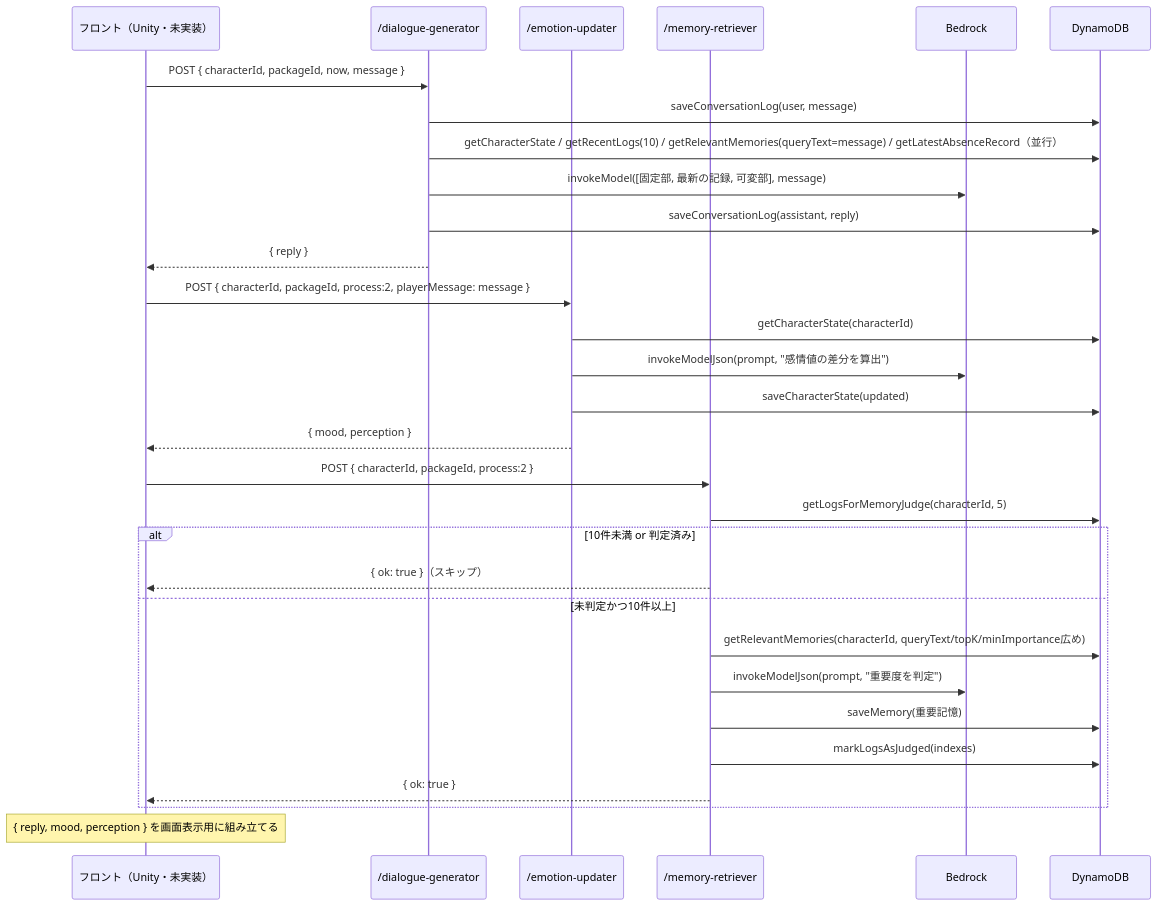
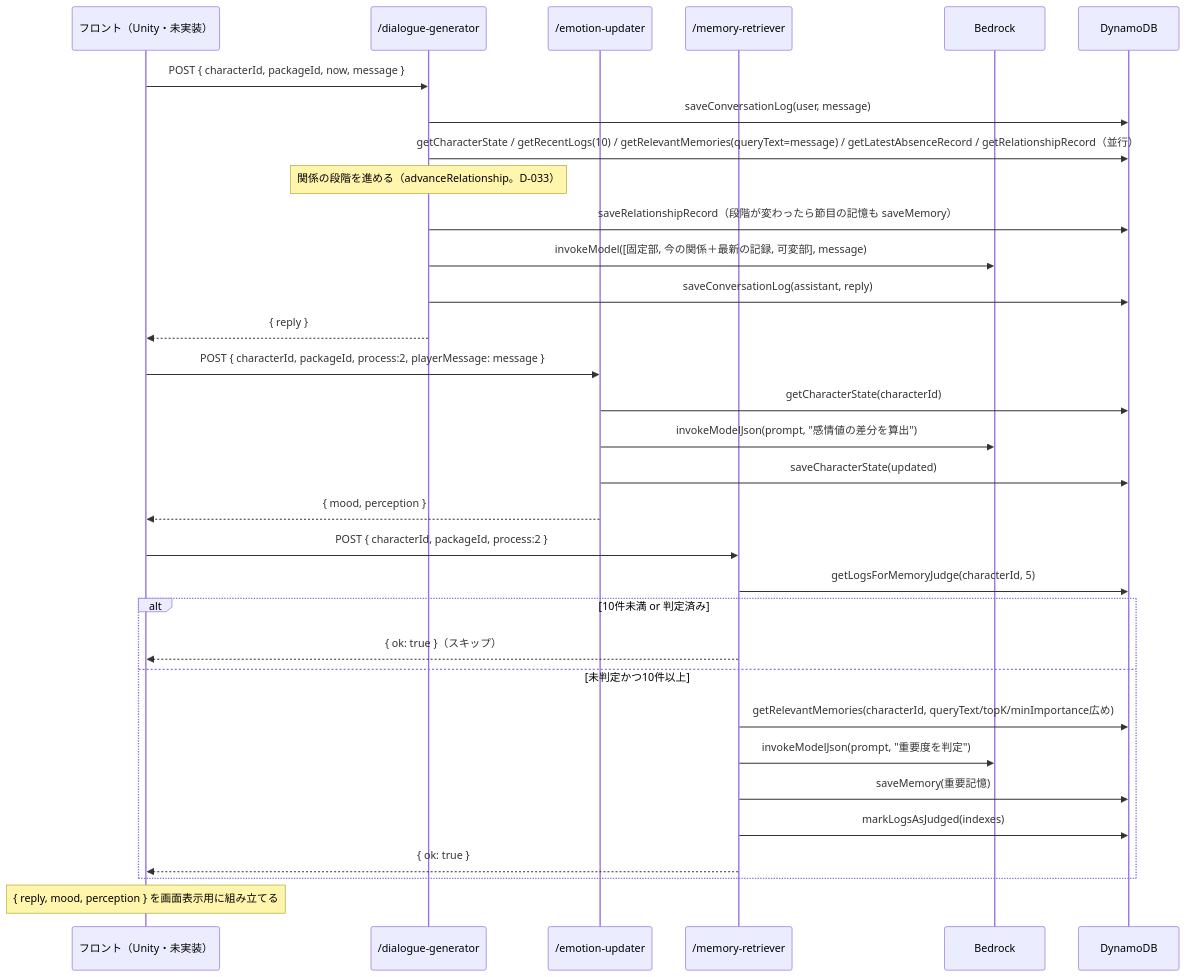
The sixth of 10 diagrams in README.md (yatohana1231-ux/vtuber-simulator-api), drawn with Mermaid before and after one commit. The commit also changed other lines of this file and 49 other files, not shown here.

````diff
--- a/README.md
+++ b/README.md
@@ -324,36 +326,38 @@
 ```mermaid
 sequenceDiagram
     participant Front as フロント（Unity・未実装）
     participant DG as /dialogue-generator
     participant EU as /emotion-updater
     participant MR as /memory-retriever
     participant BK as Bedrock
     participant DB as DynamoDB
 
     Front->>DG: POST { characterId, packageId, now, message }
     DG->>DB: saveConversationLog(user, message)
-    DG->>DB: getCharacterState / getRecentLogs(10) / getRelevantMemories(queryText=message) / getLatestAbsenceRecord（並行）
-    DG->>BK: invokeModel([固定部, 最新の記録, 可変部], message)
+    DG->>DB: getCharacterState / getRecentLogs(10) / getRelevantMemories(queryText=message) / getLatestAbsenceRecord / getRelationshipRecord（並行）
+    Note over DG: 関係の段階を進める（advanceRelationship。D-033）
+    DG->>DB: saveRelationshipRecord（段階が変わったら節目の記憶も saveMemory）
+    DG->>BK: invokeModel([固定部, 今の関係＋最新の記録, 可変部], message)
     DG->>DB: saveConversationLog(assistant, reply)
     DG-->>Front: { reply }
 
     Front->>EU: POST { characterId, packageId, process:2, playerMessage: message }
     EU->>DB: getCharacterState(characterId)
     EU->>BK: invokeModelJson(prompt, "感情値の差分を算出")
     EU->>DB: saveCharacterState(updated)
     EU-->>Front: { mood, perception }
 
     Front->>MR: POST { characterId, packageId, process:2 }
     MR->>DB: getLogsForMemoryJudge(characterId, 5)
     alt 10件未満 or 判定済み
         MR-->>Front: { ok: true }（スキップ）
     else 未判定かつ10件以上
         MR->>DB: getRelevantMemories(characterId, queryText/topK/minImportance広め)
         MR->>BK: invokeModelJson(prompt, "重要度を判定")
         MR->>DB: saveMemory(重要記憶)
         MR->>DB: markLogsAsJudged(indexes)
         MR-->>Front: { ok: true }
     end
 
     Note over Front: { reply, mood, perception } を画面表示用に組み立てる
 ```
````
